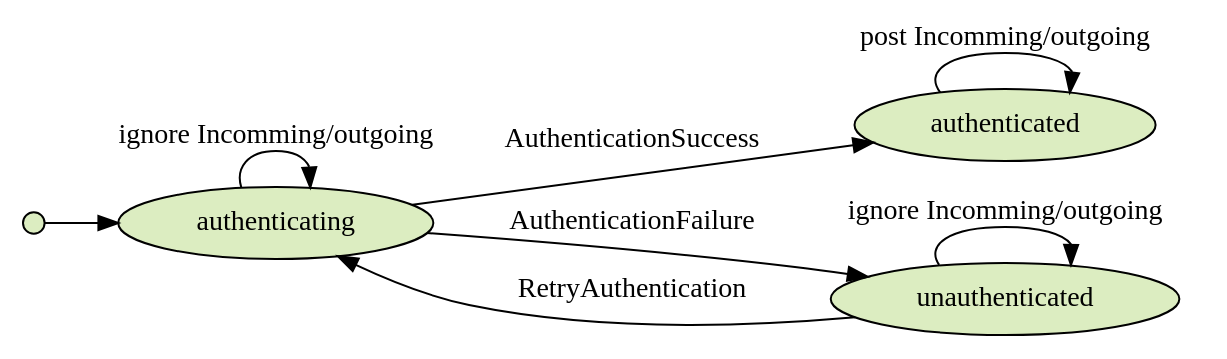
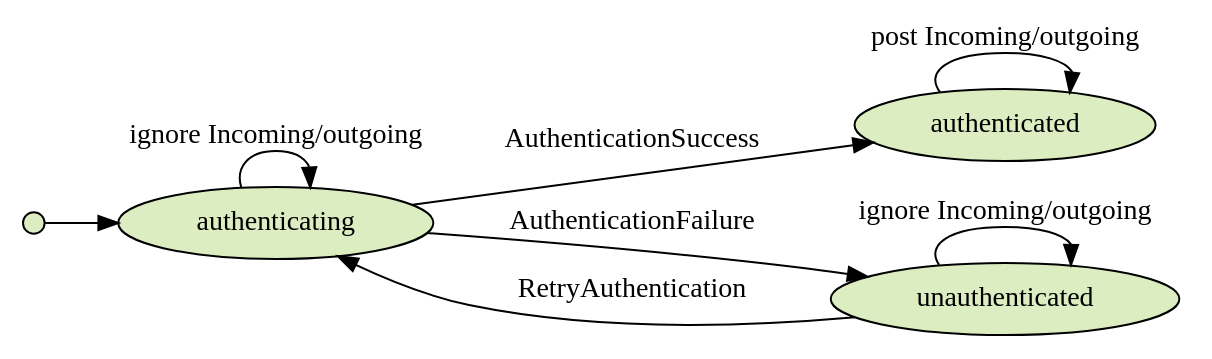
The diagram in slides/12/img/chatsystem2.dot (hkirk/swtafp-slides), drawn with Graphviz before and after one commit. The commit also changed 2 other files, not shown here.

```diff
--- a/slides/12/img/chatsystem2.dot
+++ b/slides/12/img/chatsystem2.dot
@@ -1,16 +1,16 @@
 digraph auth_fsm {
     rankdir=LR;
     node [shape=ellipse, style=filled, fillcolor="#dcedc1"];
     start [shape=point, width=0.15];
 
     start -> authenticating
 
-    authenticating -> authenticating [label="ignore Incomming/outgoing"];
+    authenticating -> authenticating [label="ignore Incoming/outgoing"];
     authenticating -> authenticated [label="AuthenticationSuccess"];
     authenticating -> unauthenticated [label="AuthenticationFailure"];
 
     unauthenticated -> authenticating [label="RetryAuthentication"];
-    unauthenticated -> unauthenticated [label="ignore Incomming/outgoing"];
+    unauthenticated -> unauthenticated [label="ignore Incoming/outgoing"];
 
-    authenticated -> authenticated [label="post Incomming/outgoing"];
+    authenticated -> authenticated [label="post Incoming/outgoing"];
 }
```
